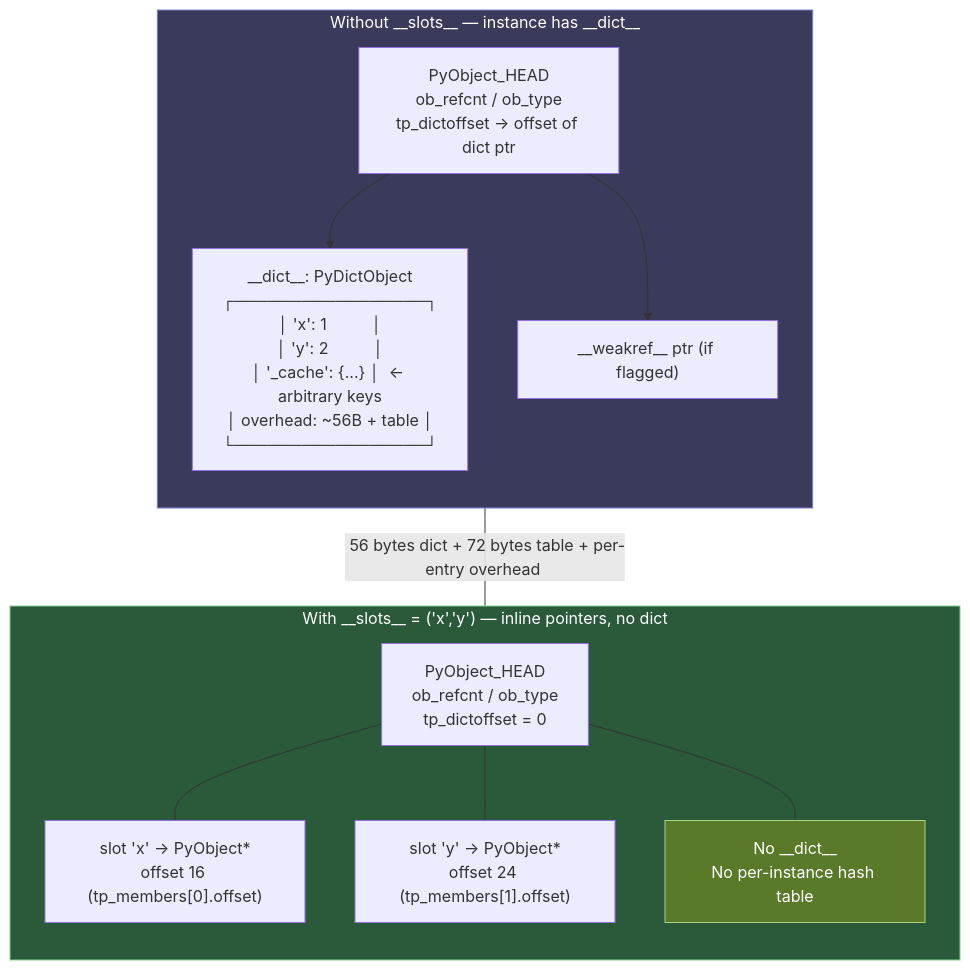
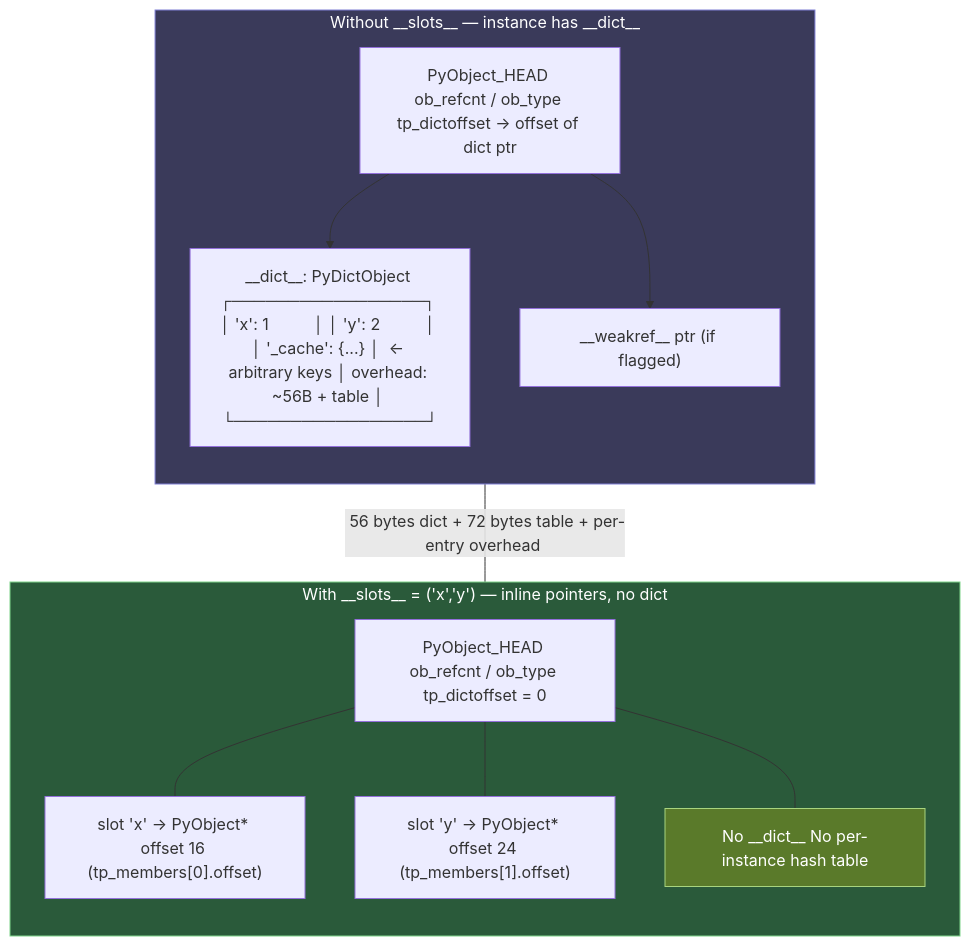
The seventh of 7 diagrams in vol-16-python-cpython-internals/ch06-type-system.md (bumbsclaw/textbooks), drawn with Mermaid before and after one commit. The commit also changed other lines of this file and 9 other files, not shown here.

First line of the commit message:
fix(pdf, mermaid): syntax-highlighted code blocks + diagram label fixes

````diff
--- a/vol-16-python-cpython-internals/ch06-type-system.md
+++ b/vol-16-python-cpython-internals/ch06-type-system.md
@@ -761,27 +761,27 @@
 ```mermaid
 flowchart TB
     subgraph DICT["Without __slots__ — instance has __dict__"]
         direction TB
-        OBJ1["PyObject_HEAD<br/>ob_refcnt / ob_type<br/>tp_dictoffset → offset of dict ptr"]
-        DICT1["__dict__: PyDictObject<br/>┌─────────────────┐<br/>│ 'x': 1          │<br/>│ 'y': 2          │<br/>│ '_cache': {...} │  ← arbitrary keys<br/>│ overhead: ~56B + table │<br/>└─────────────────┘"]
+        OBJ1["PyObject_HEAD ob_refcnt / ob_type tp_dictoffset → offset of dict ptr"]
+        DICT1["__dict__: PyDictObject ┌─────────────────┐ │ 'x': 1          │ │ 'y': 2          │ │ '_cache': {...} │  ← arbitrary keys │ overhead: ~56B + table │ └─────────────────┘"]
         WEAK1["__weakref__ ptr (if flagged)"]
         OBJ1 --> DICT1
         OBJ1 --> WEAK1
     end
     subgraph SLOTS["With __slots__ = ('x','y') — inline pointers, no dict"]
         direction TB
-        OBJ2["PyObject_HEAD<br/>ob_refcnt / ob_type<br/>tp_dictoffset = 0"]
-        SLOTX["slot 'x' → PyObject*<br/>offset 16 (tp_members[0].offset)"]
-        SLOTY["slot 'y' → PyObject*<br/>offset 24 (tp_members[1].offset)"]
-        NO_DICT["No __dict__<br/>No per-instance hash table"]
+        OBJ2["PyObject_HEAD ob_refcnt / ob_type tp_dictoffset = 0"]
+        SLOTX["slot 'x' → PyObject* offset 16 (tp_members[0].offset)"]
+        SLOTY["slot 'y' → PyObject* offset 24 (tp_members[1].offset)"]
+        NO_DICT["No __dict__ No per-instance hash table"]
         OBJ2 --- SLOTX
         OBJ2 --- SLOTY
         OBJ2 --- NO_DICT
     end
 
     DICT ---|"&nbsp;56&nbsp;bytes&nbsp;dict&nbsp;+&nbsp;72&nbsp;bytes&nbsp;table&nbsp;+&nbsp;per-entry&nbsp;overhead&nbsp;"| SLOTS
 
     style DICT fill:#3a3a5a,stroke:#7e7ed4,color:#fff
     style SLOTS fill:#2a5a3a,stroke:#7ed48a,color:#fff
     style NO_DICT fill:#5a7a2a,stroke:#a8d47e,color:#fff
 ```
````
